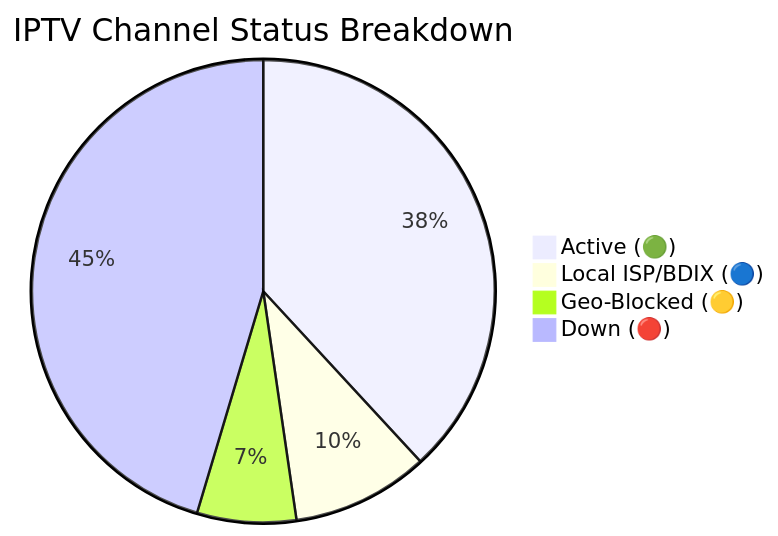
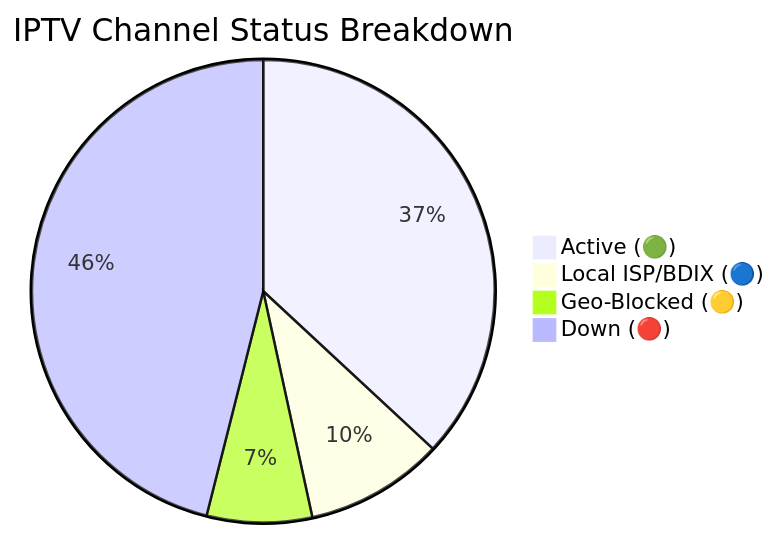
The diagram in README.md (Zaman-Topu/Ip-tv-Collection), drawn with Mermaid before and after one commit. The commit also changed other lines of this file and 1 other file, not shown here.

Commit message:
docs(readme): auto-update daily channel status chart

````diff
--- a/README.md
+++ b/README.md
@@ -59,7 +59,7 @@
 ```mermaid
 pie title IPTV Channel Status Breakdown
-    "Active (🟢)" : 3057
+    "Active (🟢)" : 2924
     "Local ISP/BDIX (🔵)" : 767
-    "Geo-Blocked (🟡)" : 555
-    "Down (🔴)" : 3638
+    "Geo-Blocked (🟡)" : 582
+    "Down (🔴)" : 3649
 ```
````
